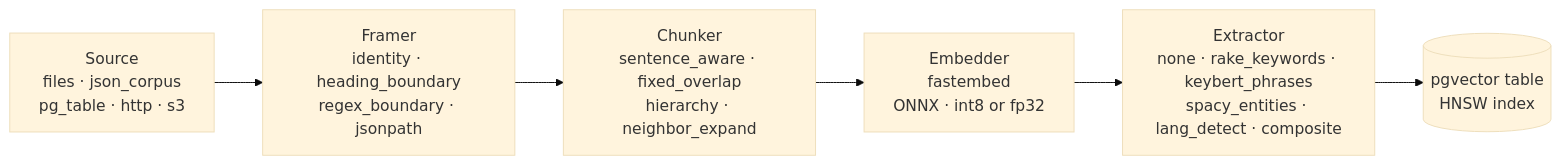
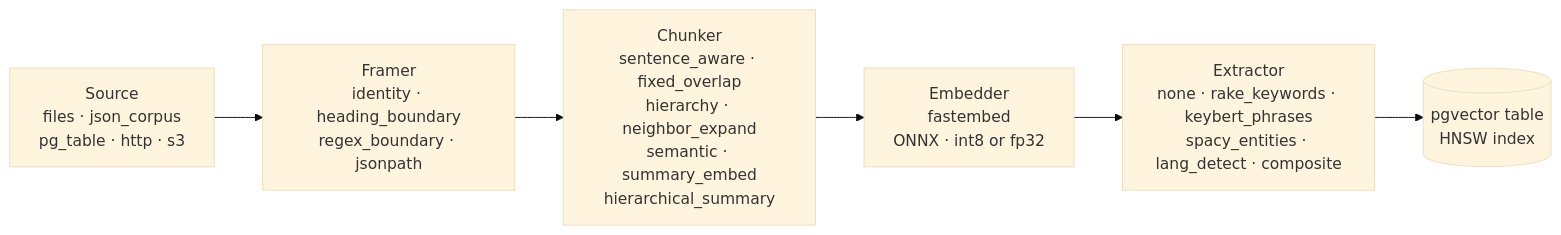
Before and after one commit to yonk-labs/chunkshop: the diagram in README.md, drawn with Mermaid (base theme). The commit also changed other lines of this file and 6 other files, not shown here.

````diff
--- a/README.md
+++ b/README.md
@@ -19,8 +19,8 @@
 ```mermaid
 flowchart LR
     S[Source<br/>files · json_corpus<br/>pg_table · http · s3] --> F[Framer<br/>identity · heading_boundary<br/>regex_boundary · jsonpath]
-    F --> C[Chunker<br/>sentence_aware · fixed_overlap<br/>hierarchy · neighbor_expand]
+    F --> C[Chunker<br/>sentence_aware · fixed_overlap<br/>hierarchy · neighbor_expand<br/>semantic · summary_embed<br/>hierarchical_summary]
     C --> E[Embedder<br/>fastembed<br/>ONNX · int8 or fp32]
     E --> X[Extractor<br/>none · rake_keywords · keybert_phrases<br/>spacy_entities · lang_detect · composite]
     X --> T[(pgvector table<br/>HNSW index)]
 ```
````
